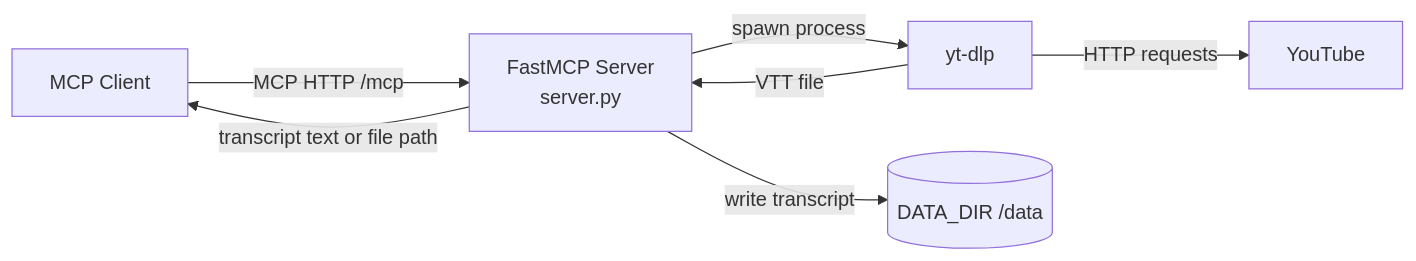
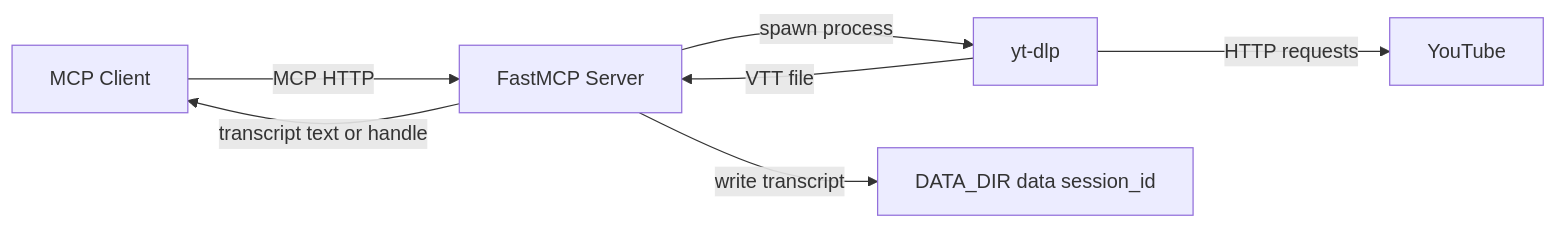
Before and after one commit to rroos64/youtube_transcribe_mcp_server: the first of 3 diagrams in README.md, drawn with Mermaid. The commit also changed other lines of this file and 1 other file, not shown here.

First line of the commit message:
feat: add session-scoped handles with TTL retention

````diff
--- a/README.md
+++ b/README.md
@@ -20,15 +20,15 @@
 ```mermaid
 flowchart LR
-  Client[MCP Client]
-  Server[FastMCP Server\nserver.py]
-  YTDLP[yt-dlp]
-  YT[YouTube]
-  Data[(DATA_DIR /data)]
+  Client["MCP Client"]
+  Server["FastMCP Server"]
+  YTDLP["yt-dlp"]
+  YT["YouTube"]
+  Data["DATA_DIR data session_id"]
 
-  Client -->|MCP HTTP /mcp| Server
+  Client -->|MCP HTTP| Server
   Server -->|spawn process| YTDLP
   YTDLP -->|HTTP requests| YT
   YTDLP -->|VTT file| Server
   Server -->|write transcript| Data
-  Server -->|transcript text or file path| Client
+  Server -->|transcript text or handle| Client
 ```
````
